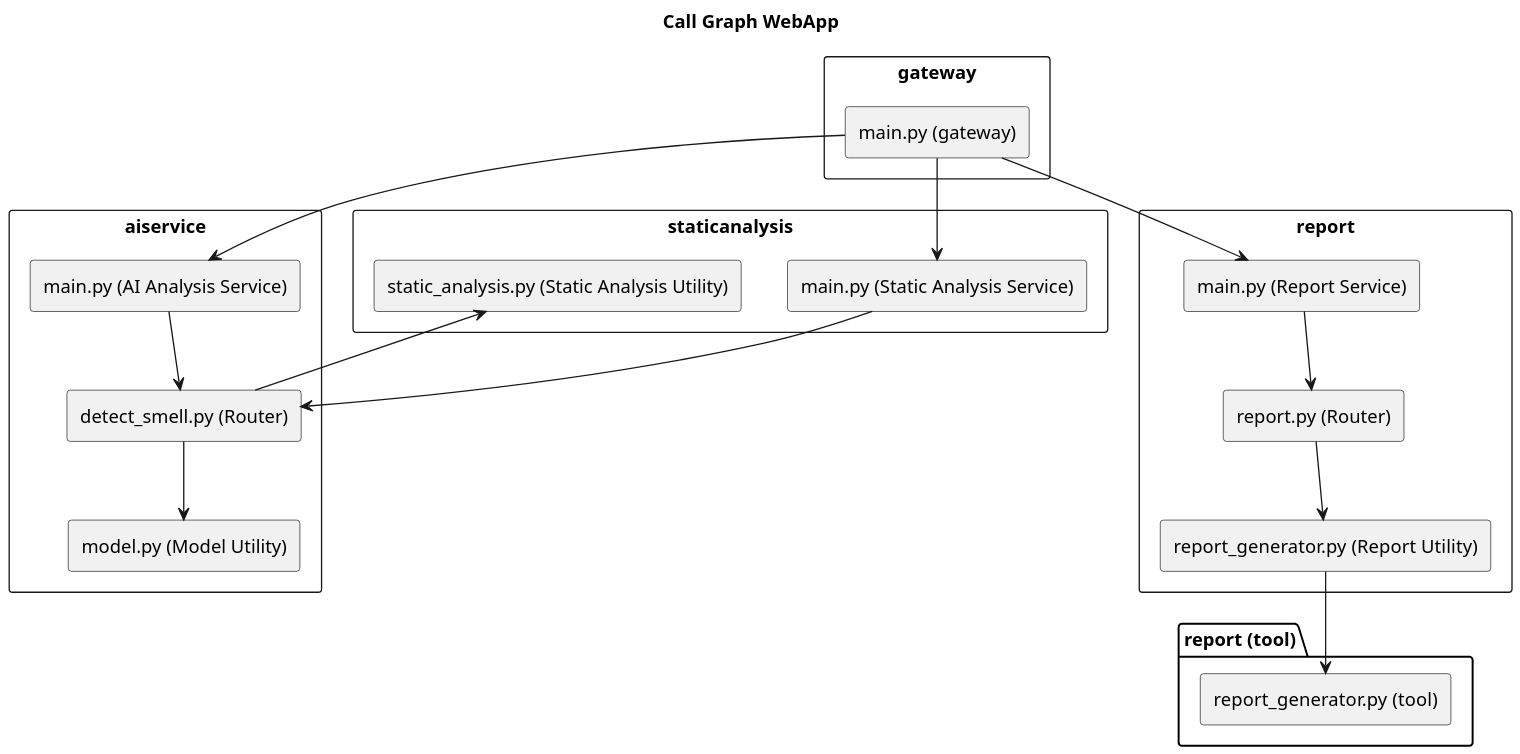
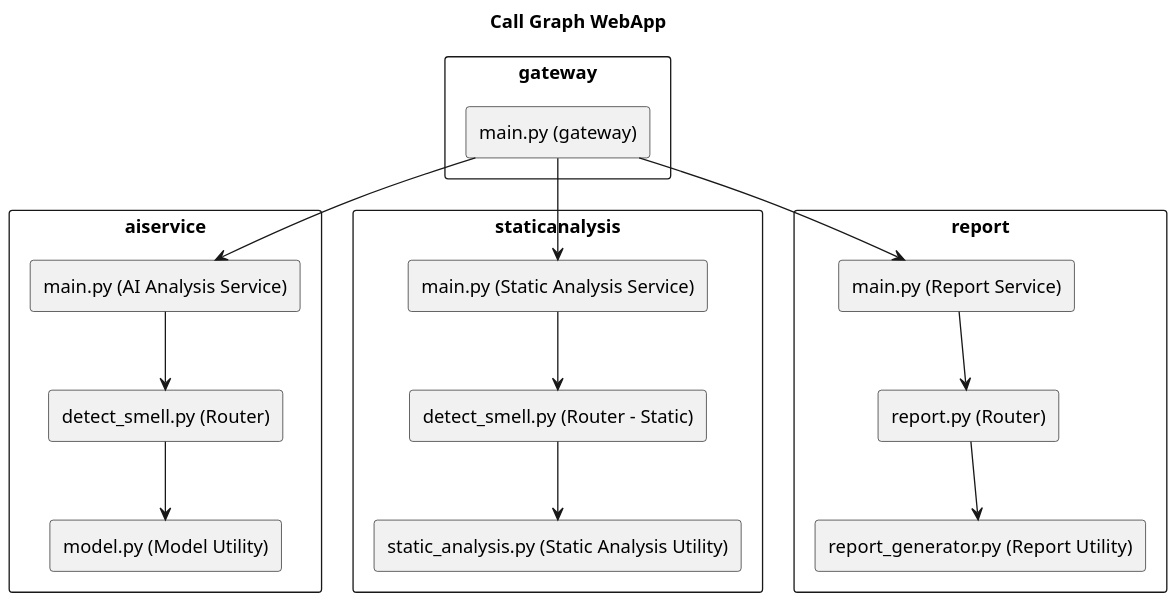
The diagram in call_graph/call_graph_webapp.puml (ssilvestri15/smell_ai), drawn with PlantUML before and after one commit. The commit also changed 3 other files, not shown here.

Commit message:
CR3: Fixed Call Graph Web App and Project Analyzer output files

```diff
--- a/call_graph/call_graph_webapp.puml
+++ b/call_graph/call_graph_webapp.puml
@@ -1,58 +1,50 @@
 @startuml CallGraphWebApp
 skinparam componentStyle rectangle
 skinparam shadowing false
 skinparam dpi 150
 title Call Graph WebApp
 
 ' GATEWAY '
 rectangle "gateway" {
   [main.py (gateway)]
 }
 
 ' AI SERVICE '
 rectangle "aiservice" {
   [main.py (AI Analysis Service)]
   [detect_smell.py (Router)]
   [model.py (Model Utility)]
 }
 
 ' STATIC ANALYSIS SERVICE '
 rectangle "staticanalysis" {
   [main.py (Static Analysis Service)]
-  [detect_smell.py (Router)]
+  [detect_smell.py (Router - Static)]
   [static_analysis.py (Static Analysis Utility)]
 }
 
 ' REPORT SERVICE '
 rectangle "report" {
   [main.py (Report Service)]
   [report.py (Router)]
   [report_generator.py (Report Utility)]
-}
-
-' CORE TOOL PACKAGE (dipendenza esterna alla webapp) '
-package "report (tool)" {
-  [report_generator.py (tool)]
 }
 
 ' CHIAMATE DA GATEWAY AI SERVIZI '
 [main.py (gateway)] --> [main.py (AI Analysis Service)]
 [main.py (gateway)] --> [main.py (Static Analysis Service)]
 [main.py (gateway)] --> [main.py (Report Service)]
 
 ' AI Analysis Service internals '
 [main.py (AI Analysis Service)] --> [detect_smell.py (Router)]
 [detect_smell.py (Router)] --> [model.py (Model Utility)]
 
 ' Static Analysis Service internals '
-[main.py (Static Analysis Service)] --> [detect_smell.py (Router)]
-[detect_smell.py (Router)] --> [static_analysis.py (Static Analysis Utility)]
+[main.py (Static Analysis Service)] --> [detect_smell.py (Router - Static)]
+[detect_smell.py (Router - Static)] --> [static_analysis.py (Static Analysis Utility)]
 
 ' Report Service internals '
 [main.py (Report Service)] --> [report.py (Router)]
 [report.py (Router)] --> [report_generator.py (Report Utility)]
 
-' External core dependency '
-[report_generator.py (Report Utility)] --> [report_generator.py (tool)]
-
 @enduml
```
